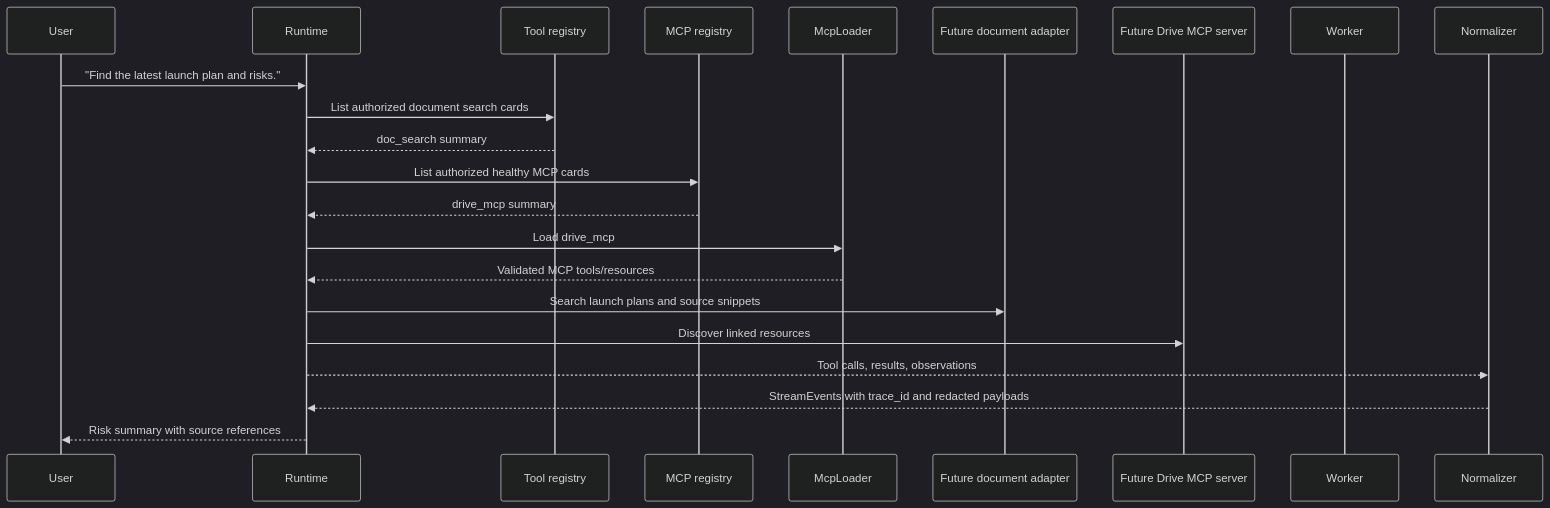
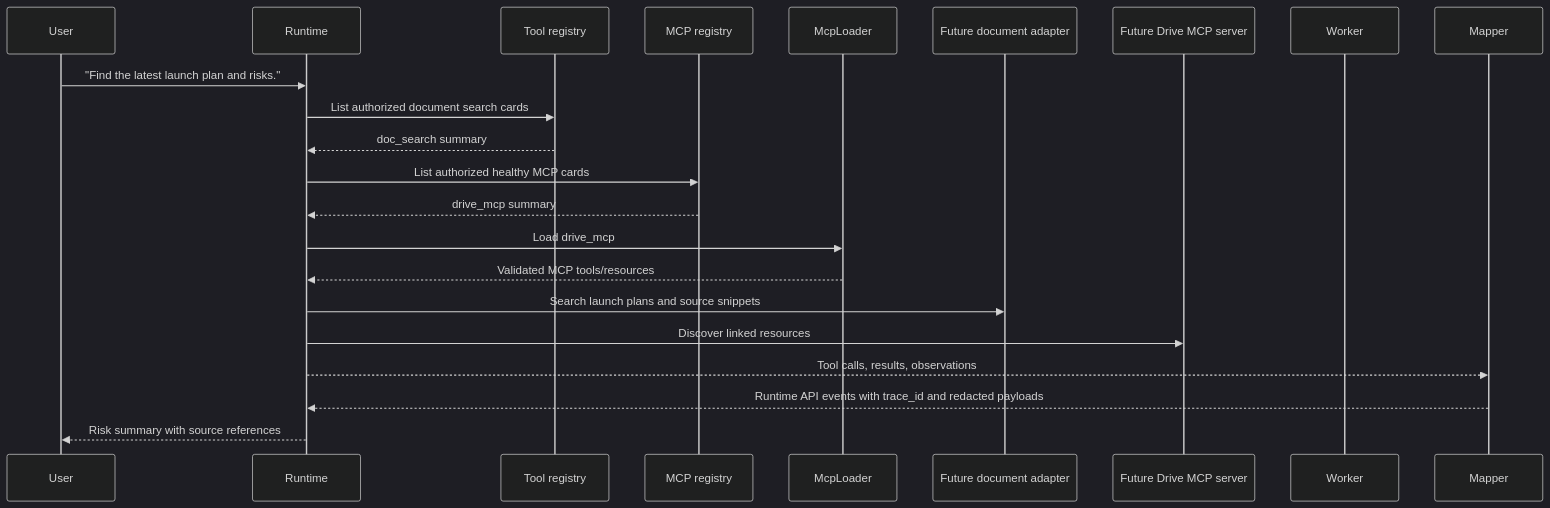
One commit to 0x-copilot-dev/0x-copilot changed the sixth of 8 diagrams in services/ai-backend/docs/architecture/data-flow.md. Above: the diagram before and after it, drawn with Mermaid (dark theme). The commit also changed other lines of this file and 54 other files, not shown here.

First line of the commit message:
Clean up runtime architecture smells

````diff
--- a/services/ai-backend/docs/architecture/data-flow.md
+++ b/services/ai-backend/docs/architecture/data-flow.md
@@ -206,24 +210,24 @@
 ```mermaid
 sequenceDiagram
   participant User
   participant Runtime
   participant Tools as Tool registry
   participant MCP as MCP registry
   participant McpLoader
   participant Docs as Future document adapter
   participant DriveMcp as Future Drive MCP server
   participant Worker
 
   User->>Runtime: "Find the latest launch plan and risks."
   Runtime->>Tools: List authorized document search cards
   Tools-->>Runtime: doc_search summary
   Runtime->>MCP: List authorized healthy MCP cards
   MCP-->>Runtime: drive_mcp summary
   Runtime->>McpLoader: Load drive_mcp
   McpLoader-->>Runtime: Validated MCP tools/resources
   Runtime->>Docs: Search launch plans and source snippets
   Runtime->>DriveMcp: Discover linked resources
-  Runtime-->>Normalizer: Tool calls, results, observations
-  Normalizer-->>Runtime: StreamEvents with trace_id and redacted payloads
+  Runtime-->>Mapper: Tool calls, results, observations
+  Mapper-->>Runtime: Runtime API events with trace_id and redacted payloads
   Runtime-->>User: Risk summary with source references
 ```
````
